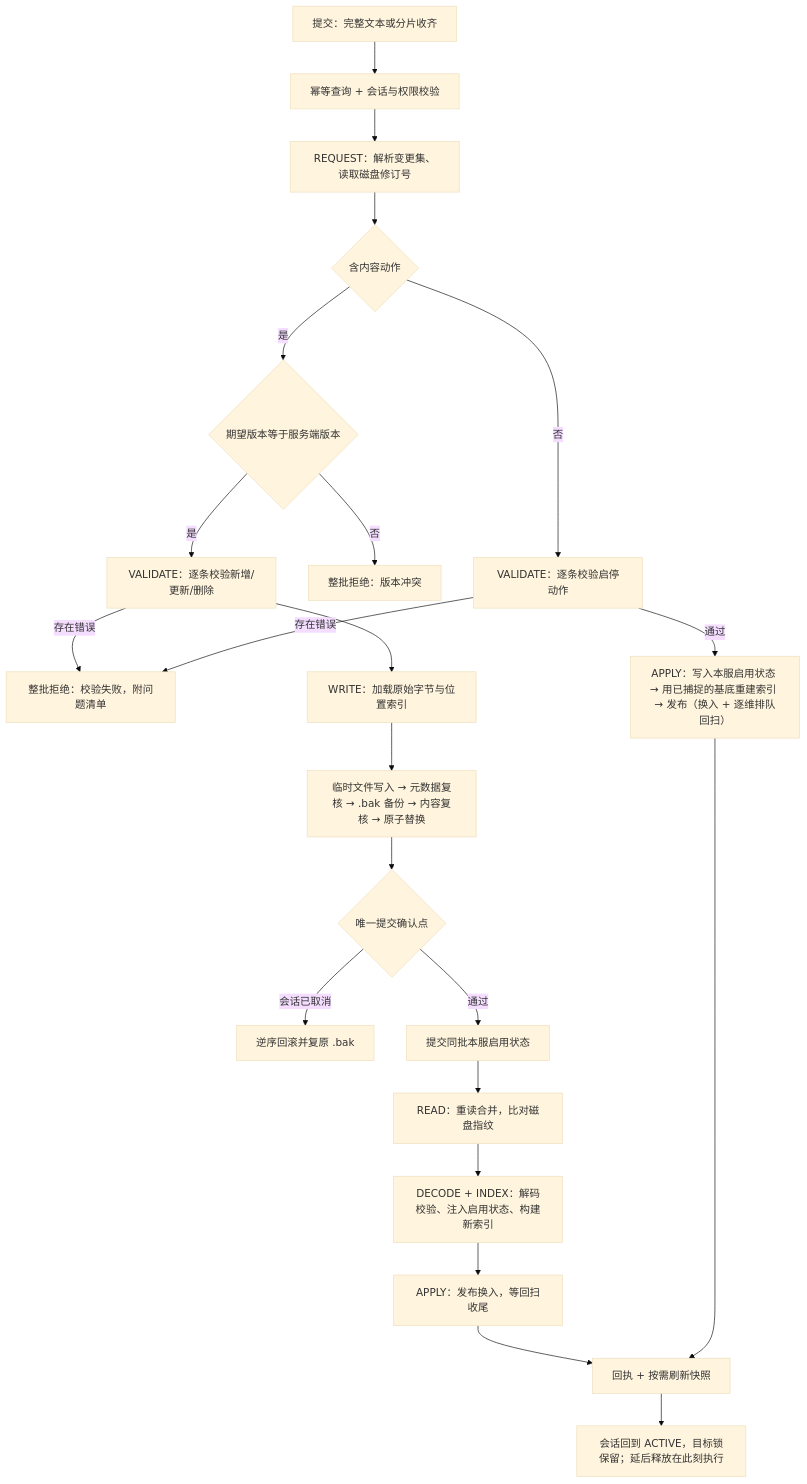
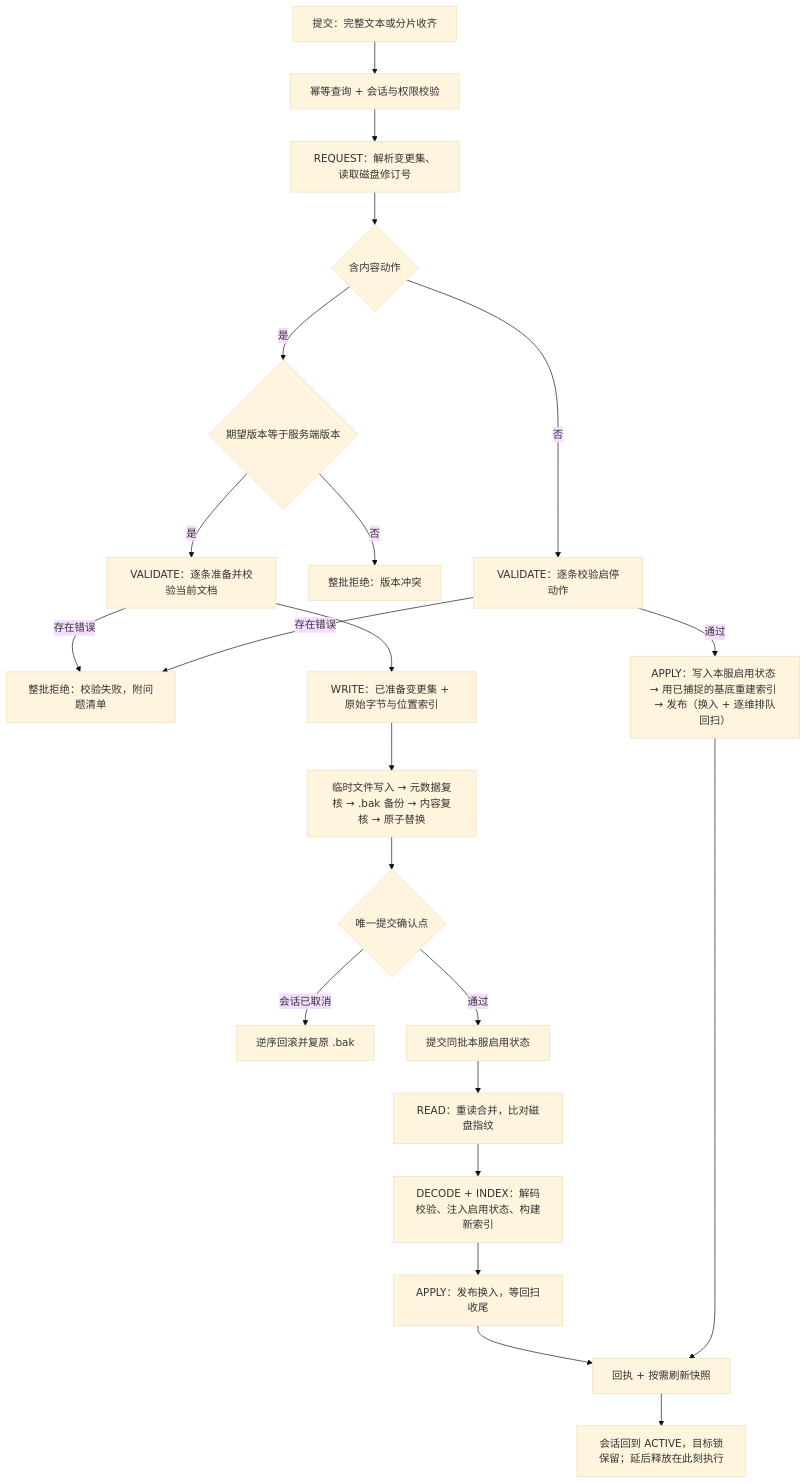
Before and after one commit to meteoritel/item-despawn-to-what: the third of 3 diagrams in docs/modules/authoring.md, drawn with Mermaid (base theme). The commit also changed other lines of this file and 40 other files, not shown here.

````diff
--- a/docs/modules/authoring.md
+++ b/docs/modules/authoring.md
@@ -144,24 +145,24 @@
 ```mermaid
 flowchart TB
     A["提交：完整文本或分片收齐"] --> B["幂等查询 + 会话与权限校验"]
     B --> C["REQUEST：解析变更集、读取磁盘修订号"]
     C --> Q{"含内容动作"}
     Q -->|"否"| V2["VALIDATE：逐条校验启停动作"]
     Q -->|"是"| D{"期望版本等于服务端版本"}
     D -->|"否"| R1["整批拒绝：版本冲突"]
-    D -->|"是"| E["VALIDATE：逐条校验新增/更新/删除"]
+    D -->|"是"| E["VALIDATE：逐条准备并校验当前文档"]
     E -->|"存在错误"| R2["整批拒绝：校验失败，附问题清单"]
     V2 -->|"存在错误"| R2
     V2 -->|"通过"| S0["APPLY：写入本服启用状态 → 用已捕捉的基底重建索引 → 发布（换入 + 逐维排队回扫）"]
-    E --> F["WRITE：加载原始字节与位置索引"]
+    E --> F["WRITE：已准备变更集 + 原始字节与位置索引"]
     F --> G["临时文件写入 → 元数据复核 → .bak 备份 → 内容复核 → 原子替换"]
     G --> H{"唯一提交确认点"}
     H -->|"会话已取消"| RB["逆序回滚并复原 .bak"]
     H -->|"通过"| S1["提交同批本服启用状态"]
     S1 --> I["READ：重读合并，比对磁盘指纹"]
     I --> J["DECODE + INDEX：解码校验、注入启用状态、构建新索引"]
     J --> K["APPLY：发布换入，等回扫收尾"]
     K --> L["回执 + 按需刷新快照"]
     S0 --> L
     L --> M["会话回到 ACTIVE，目标锁保留；延后释放在此刻执行"]
 ```
````
